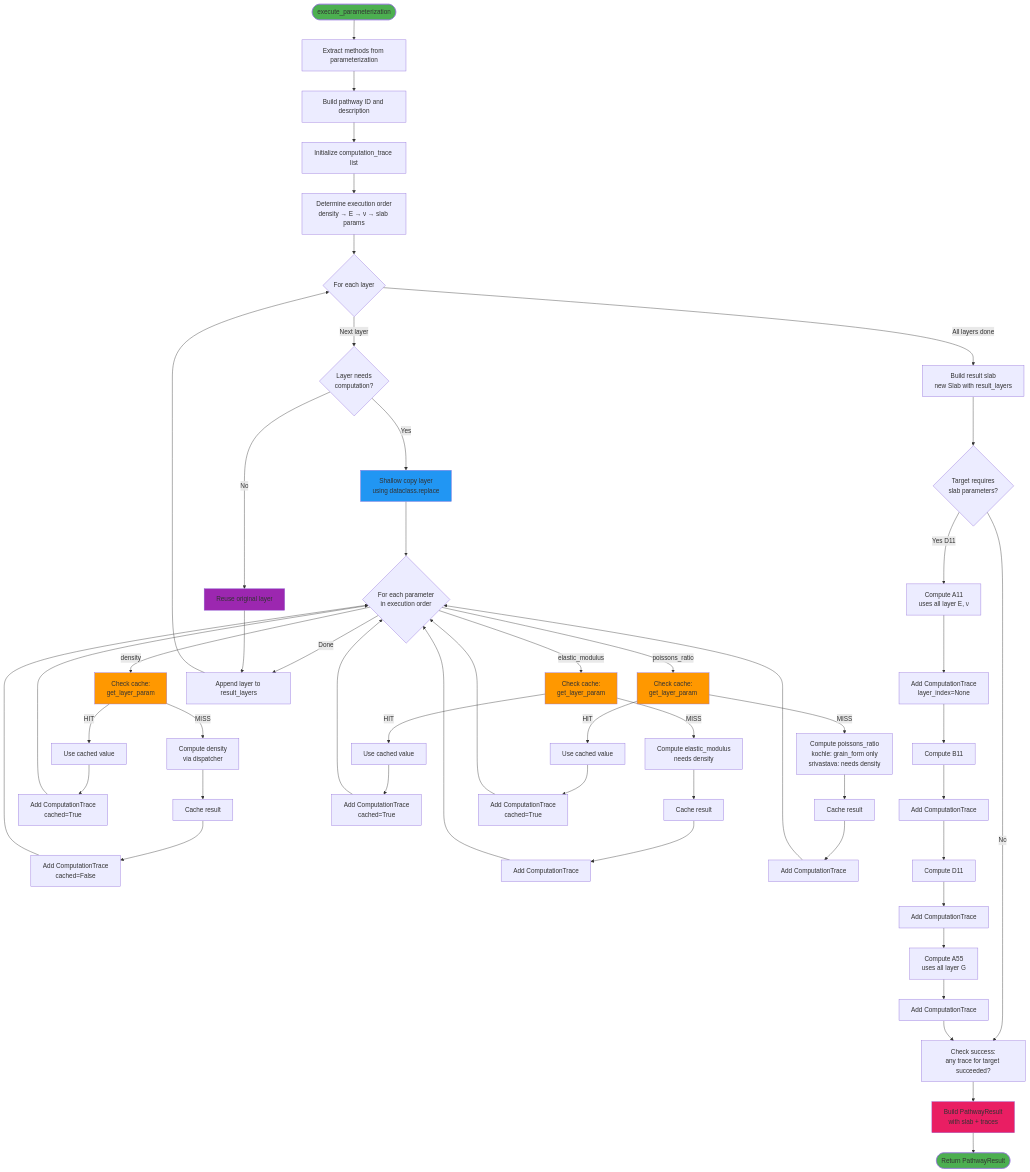
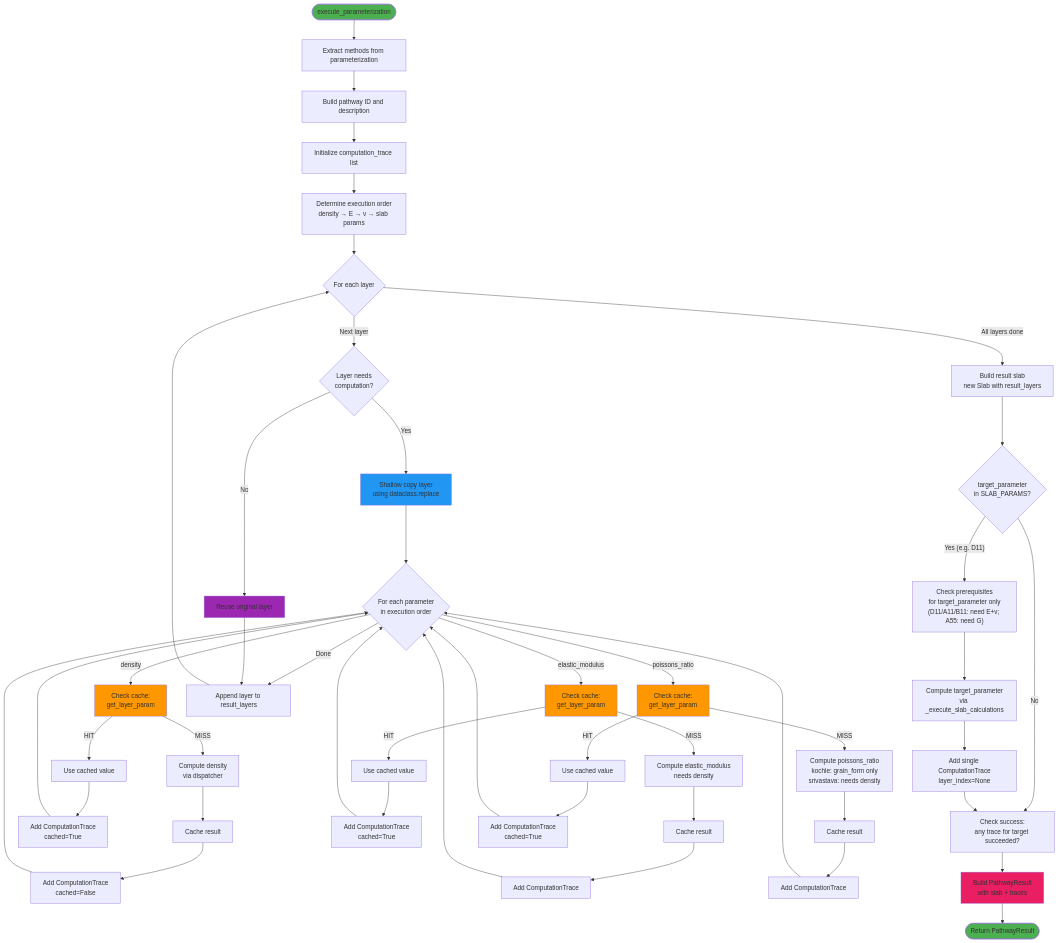
One commit to connellymk/SnowPyt-MechParams changed the fourth of 7 diagrams in docs/execution_engine.md. Above: the diagram before and after it, drawn with Mermaid. The commit also changed other lines of this file and 12 other files, not shown here.

````diff
--- a/docs/execution_engine.md
+++ b/docs/execution_engine.md
@@ -303,82 +297,77 @@
 ```mermaid
 flowchart TD
     Start([execute_parameterization]) --> ExtractMethods[Extract methods from parameterization]
     ExtractMethods --> BuildID[Build pathway ID and description]
     BuildID --> InitTrace[Initialize computation_trace list]
     
     InitTrace --> DetermineOrder[Determine execution order<br/>density → E → ν → slab params]
     
     DetermineOrder --> LayerLoop{For each layer}
     
     LayerLoop -->|Next layer| CheckCompute{Layer needs<br/>computation?}
     
     CheckCompute -->|Yes| ShallowCopy[Shallow copy layer<br/>using dataclass.replace]
     CheckCompute -->|No| ReuseLayer[Reuse original layer]
     
     ShallowCopy --> ParamLoop{For each parameter<br/>in execution order}
     
     ParamLoop -->|density| CheckCache1[Check cache:<br/>get_layer_param]
     CheckCache1 -->|MISS| ComputeDensity[Compute density<br/>via dispatcher]
     CheckCache1 -->|HIT| UseCached1[Use cached value]
     ComputeDensity --> CacheDensity[Cache result]
     CacheDensity --> TraceDensity[Add ComputationTrace<br/>cached=False]
     UseCached1 --> TraceDensity1[Add ComputationTrace<br/>cached=True]
     
     TraceDensity --> ParamLoop
     TraceDensity1 --> ParamLoop
     
     ParamLoop -->|elastic_modulus| CheckCache2[Check cache:<br/>get_layer_param]
     CheckCache2 -->|MISS| ComputeE[Compute elastic_modulus<br/>needs density]
     CheckCache2 -->|HIT| UseCached2[Use cached value]
     ComputeE --> CacheE[Cache result]
     CacheE --> TraceE[Add ComputationTrace]
     UseCached2 --> TraceE1[Add ComputationTrace<br/>cached=True]
     
     TraceE --> ParamLoop
     TraceE1 --> ParamLoop
     
     ParamLoop -->|poissons_ratio| CheckCache3[Check cache:<br/>get_layer_param]
     CheckCache3 -->|MISS| ComputeNu[Compute poissons_ratio<br/>kochle: grain_form only<br/>srivastava: needs density]
     CheckCache3 -->|HIT| UseCached3[Use cached value]
     ComputeNu --> CacheNu[Cache result]
     CacheNu --> TraceNu[Add ComputationTrace]
     UseCached3 --> TraceNu1[Add ComputationTrace<br/>cached=True]
     
     TraceNu --> ParamLoop
     TraceNu1 --> ParamLoop
     
     ParamLoop -->|Done| AppendLayer[Append layer to result_layers]
     ReuseLayer --> AppendLayer
     
     AppendLayer --> LayerLoop
     
     LayerLoop -->|All layers done| BuildSlab[Build result slab<br/>new Slab with result_layers]
     
-    BuildSlab --> SlabCalcs{Target requires<br/>slab parameters?}
+    BuildSlab --> SlabCalcs{"target_parameter<br/>in SLAB_PARAMS?"}
     
-    SlabCalcs -->|Yes D11| ComputeA11[Compute A11<br/>uses all layer E, ν]
-    ComputeA11 --> TraceA11[Add ComputationTrace<br/>layer_index=None]
-    TraceA11 --> ComputeB11[Compute B11]
-    ComputeB11 --> TraceB11[Add ComputationTrace]
-    TraceB11 --> ComputeD11[Compute D11]
-    ComputeD11 --> TraceD11[Add ComputationTrace]
-    TraceD11 --> ComputeA55[Compute A55<br/>uses all layer G]
-    ComputeA55 --> TraceA55[Add ComputationTrace]
+    SlabCalcs -->|"Yes (e.g. D11)"| CheckPrereqs["Check prerequisites<br/>for target_parameter only<br/>(D11/A11/B11: need E+ν; A55: need G)"]
+    CheckPrereqs --> ComputeTarget["Compute target_parameter<br/>via _execute_slab_calculations"]
+    ComputeTarget --> TraceTarget["Add single ComputationTrace<br/>layer_index=None"]
     
     SlabCalcs -->|No| CheckSuccess
-    TraceA55 --> CheckSuccess
+    TraceTarget --> CheckSuccess
     
     CheckSuccess[Check success:<br/>any trace for target succeeded?]
     CheckSuccess --> BuildResult[Build PathwayResult<br/>with slab + traces]
     
     BuildResult --> End([Return PathwayResult])
     
     style Start fill:#4CAF50
     style End fill:#4CAF50
     style CheckCache1 fill:#FF9800
     style CheckCache2 fill:#FF9800
     style CheckCache3 fill:#FF9800
     style ShallowCopy fill:#2196F3
     style ReuseLayer fill:#9C27B0
     style BuildResult fill:#E91E63
 ```
````
